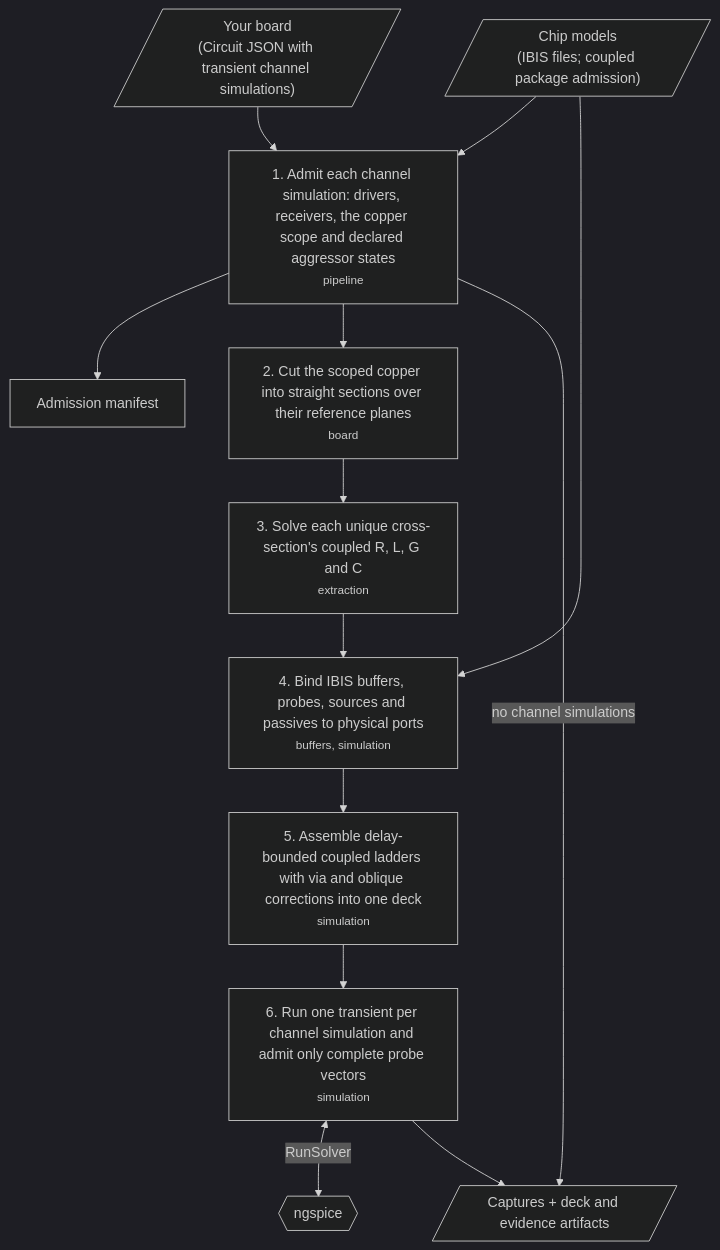
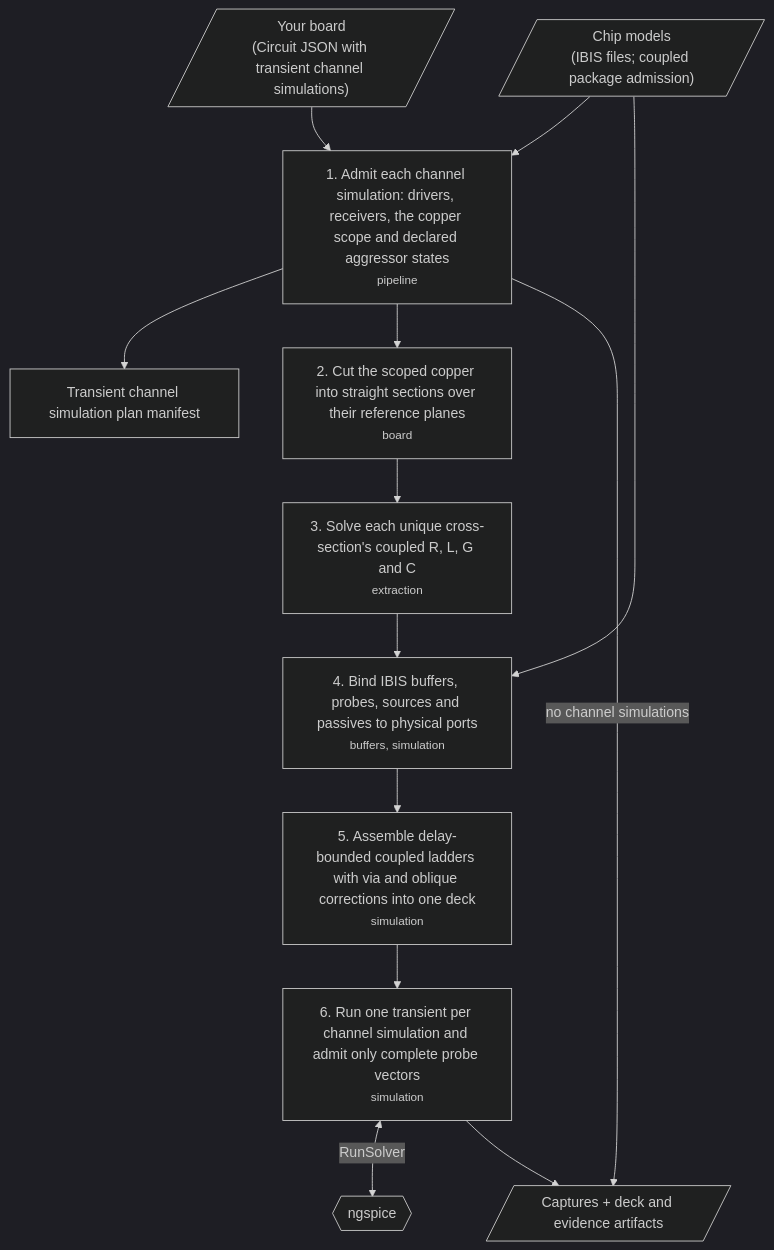
One commit to draarivpatel-ui/signal-integrity-pipeline changed the first of 3 diagrams in README.md. Above: the diagram before and after it, drawn with Mermaid (dark theme). The commit also changed other lines of this file and 14 other files, not shown here.

Commit message:
Use transient channel simulation plan naming in #108

````diff
--- a/README.md
+++ b/README.md
@@ -72,15 +72,15 @@
 ```mermaid
 flowchart TD
   board[/"Your board<br/>(Circuit JSON with transient channel simulations)"/] --> s1["1. Admit each channel simulation: drivers, receivers, the copper scope and declared aggressor states<br/><small>pipeline</small>"]
   chips[/"Chip models<br/>(IBIS files; coupled package admission)"/] --> s1
-  s1 --> manifest["Admission manifest"]
+  s1 --> manifest["Transient channel simulation plan manifest"]
   s1 --> s2["2. Cut the scoped copper into straight sections over their reference planes<br/><small>board</small>"]
   s2 --> s3["3. Solve each unique cross-section's coupled R, L, G and C<br/><small>extraction</small>"]
   chips --> s4
   s3 --> s4["4. Bind IBIS buffers, probes, sources and passives to physical ports<br/><small>buffers, simulation</small>"]
   s4 --> s5["5. Assemble delay-bounded coupled ladders with via and oblique corrections into one deck<br/><small>simulation</small>"]
   s5 --> s6["6. Run one transient per channel simulation and admit only complete probe vectors<br/><small>simulation</small>"]
   s6 <-->|"RunSolver"| ng{{"ngspice"}}
   s6 --> out[/"Captures + deck and evidence artifacts"/]
   s1 -->|"no channel simulations"| out
 ```
````
